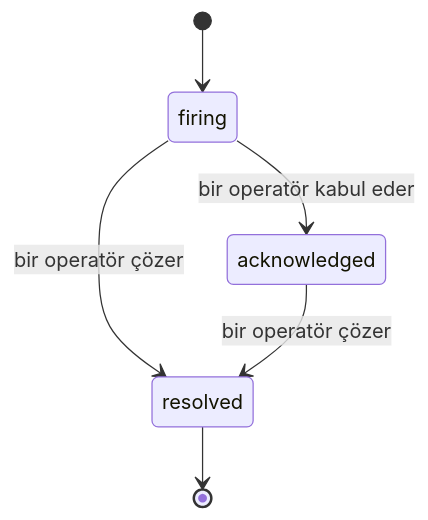
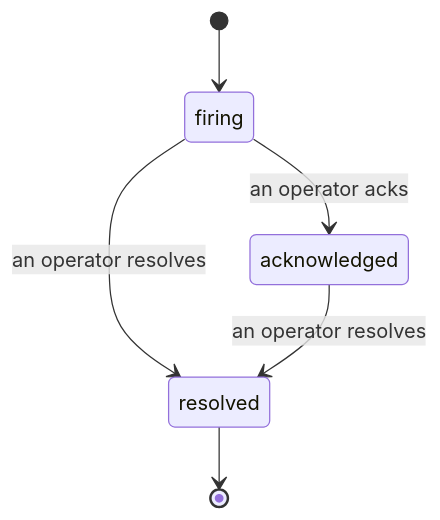
One commit to FailproofAI/failproofai changed the diagram in docs/tr/agenteye/incidents.mdx. Above: the diagram before and after it, drawn with Mermaid. The commit also changed other lines of this file and 677 other files, not shown here.

````diff
--- a/docs/tr/agenteye/incidents.mdx
+++ b/docs/tr/agenteye/incidents.mdx
@@ -27,8 +27,8 @@
 ```mermaid
 stateDiagram-v2
     [*] --> firing
-    firing --> acknowledged: bir operatör kabul eder
-    firing --> resolved: bir operatör çözer
-    acknowledged --> resolved: bir operatör çözer
+    firing --> acknowledged: an operator acks
+    firing --> resolved: an operator resolves
+    acknowledged --> resolved: an operator resolves
     resolved --> [*]
 ```
````
